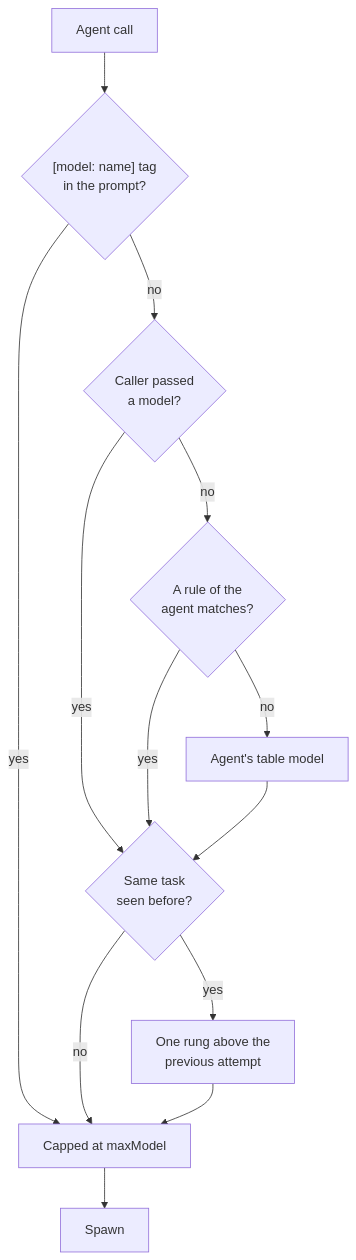
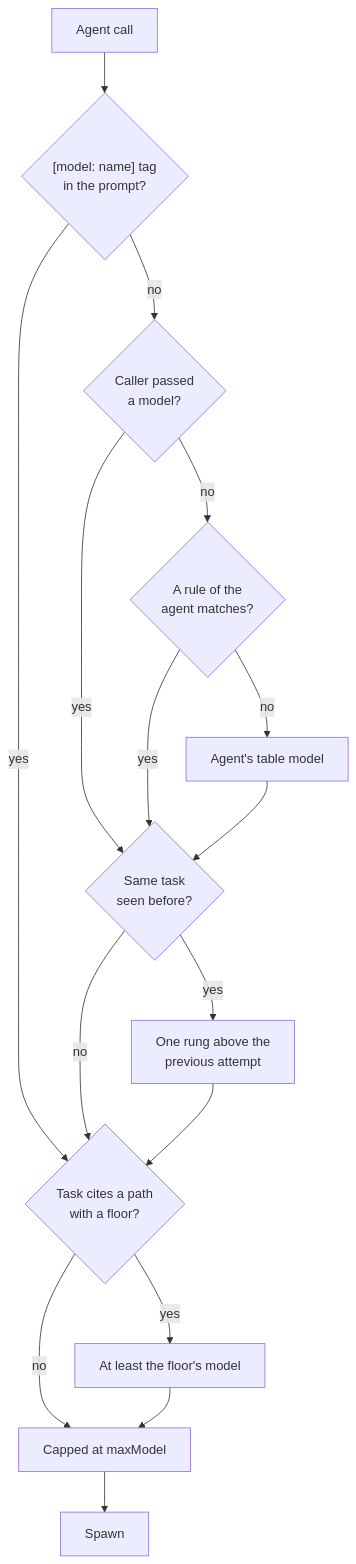
Before and after one commit to deki-lab/agent-model-router: the diagram in README.md, drawn with Mermaid. The commit also changed other lines of this file and 7 other files, not shown here.

First line of the commit message:
Hold risky tasks to a floor model

````diff
--- a/README.md
+++ b/README.md
@@ -97,15 +98,18 @@
 ```mermaid
 flowchart TD
     A[Agent call] --> B{"[model: name] tag<br/>in the prompt?"}
-    B -- yes --> CAP
+    B -- yes --> F
     B -- no --> C{Caller passed<br/>a model?}
     C -- yes --> R
     C -- no --> D{A rule of the<br/>agent matches?}
     D -- yes --> R
     D -- no --> E[Agent's table model]
     E --> R{Same task<br/>seen before?}
     R -- yes --> U[One rung above the<br/>previous attempt]
-    R -- no --> CAP
-    U --> CAP[Capped at maxModel]
+    R -- no --> F
+    U --> F{Task cites a path<br/>with a floor?}
+    F -- yes --> FL[At least the floor's model]
+    F -- no --> CAP
+    FL --> CAP[Capped at maxModel]
     CAP --> S[Spawn]
 ```
````
